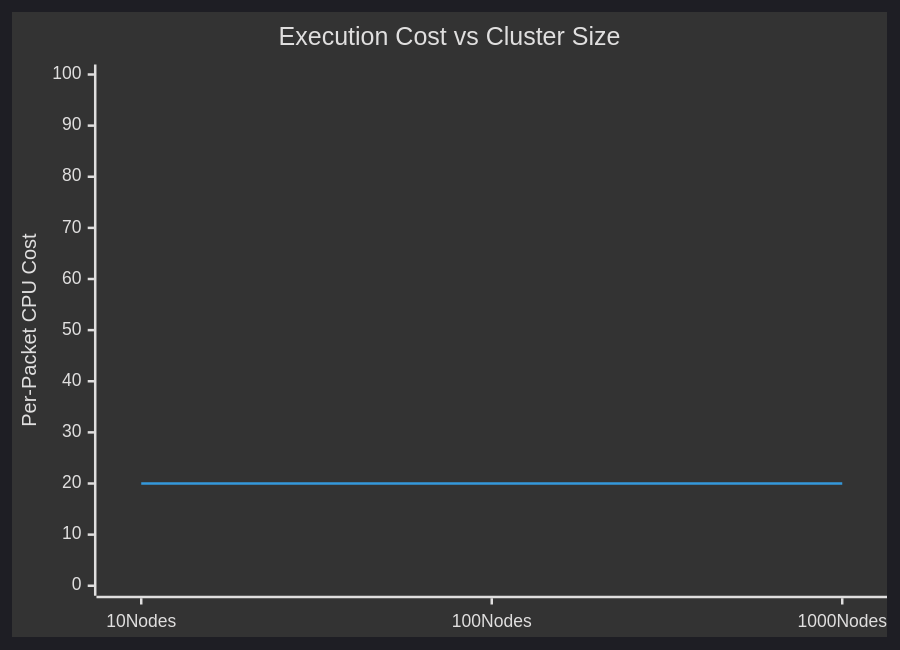
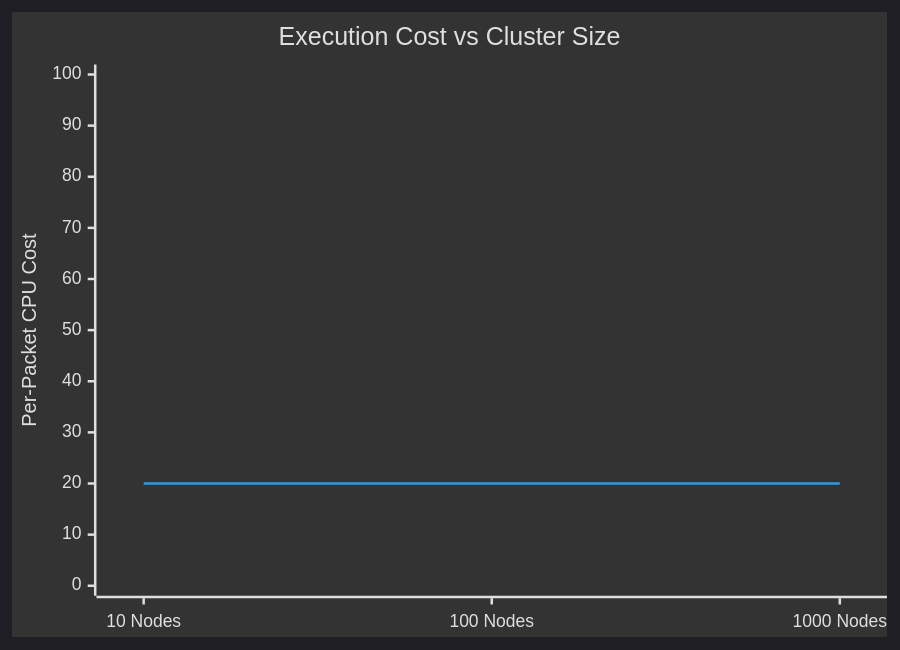
One commit to Dev10-sys/cilium-pillar-pages-proposal changed diagram 14 of 30 in proposals/LFX_Mentorship_Proposal.md. Above: the diagram before and after it, drawn with Mermaid. The commit also changed other lines of this file, not shown here.

Commit message:
fix: resolve Mermaid syntax and rendering errors on GitHub by quoting labels

````diff
--- a/proposals/LFX_Mentorship_Proposal.md
+++ b/proposals/LFX_Mentorship_Proposal.md
@@ -1873,8 +1873,8 @@
 ```mermaid
 %%{init: {'theme': 'dark'}}%%
 xychart-beta
     title "Execution Cost vs Cluster Size"
-    x-axis [10 Nodes, 100 Nodes, 1000 Nodes]
+    x-axis ["10 Nodes", "100 Nodes", "1000 Nodes"]
     y-axis "Per-Packet CPU Cost" 0 --> 100
     line [20, 20, 20]
 ```
````
